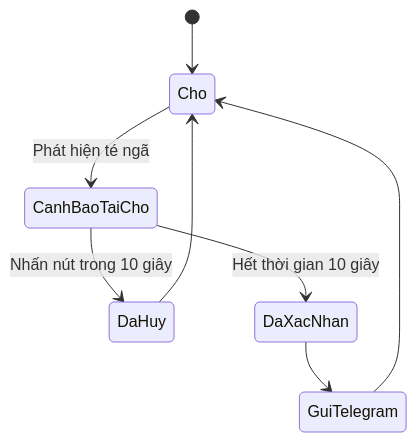
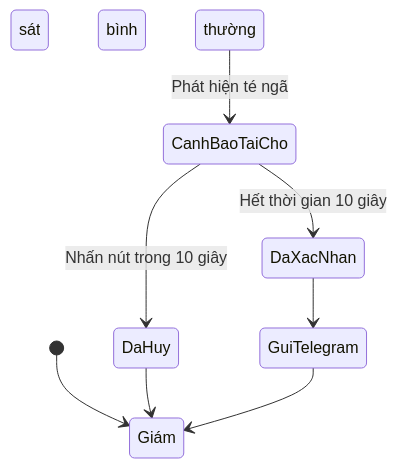
Before and after one commit to ChouPro205/Fall_Detection_Aiot: the second of 2 diagrams in README.md, drawn with Mermaid.

Commit message:
sua loi file readme

````diff
--- a/README.md
+++ b/README.md
@@ -84,10 +84,10 @@
 ```mermaid
 stateDiagram-v2
-    [*] --> Cho
-    Cho --> CanhBaoTaiCho: Phát hiện té ngã
+    [*] --> Giám sát bình thường
+    Giám sát bình thường --> CanhBaoTaiCho: Phát hiện té ngã
     CanhBaoTaiCho --> DaHuy: Nhấn nút trong 10 giây
     CanhBaoTaiCho --> DaXacNhan: Hết thời gian 10 giây
-    DaHuy --> Cho
+    DaHuy --> Giám sát bình thường
     DaXacNhan --> GuiTelegram
-    GuiTelegram --> Cho
+    GuiTelegram --> Giám sát bình thường
 ```
````
